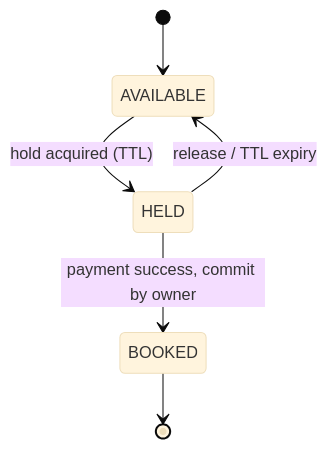
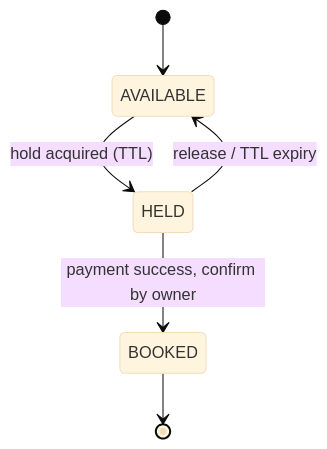
One commit to ayushmcodes/flightSystem changed the second of 3 diagrams in main/design.md. Above: the diagram before and after it, drawn with Mermaid (base theme). The commit also changed other lines of this file and 1 other file, not shown here.

````diff
--- a/main/design.md
+++ b/main/design.md
@@ -143,8 +182,8 @@
 ```mermaid
 stateDiagram-v2
   [*] --> AVAILABLE
   AVAILABLE --> HELD: hold acquired (TTL)
-  HELD --> BOOKED: payment success, commit by owner
+  HELD --> BOOKED: payment success, confirm by owner
   HELD --> AVAILABLE: release / TTL expiry
   BOOKED --> [*]
 ```
````
